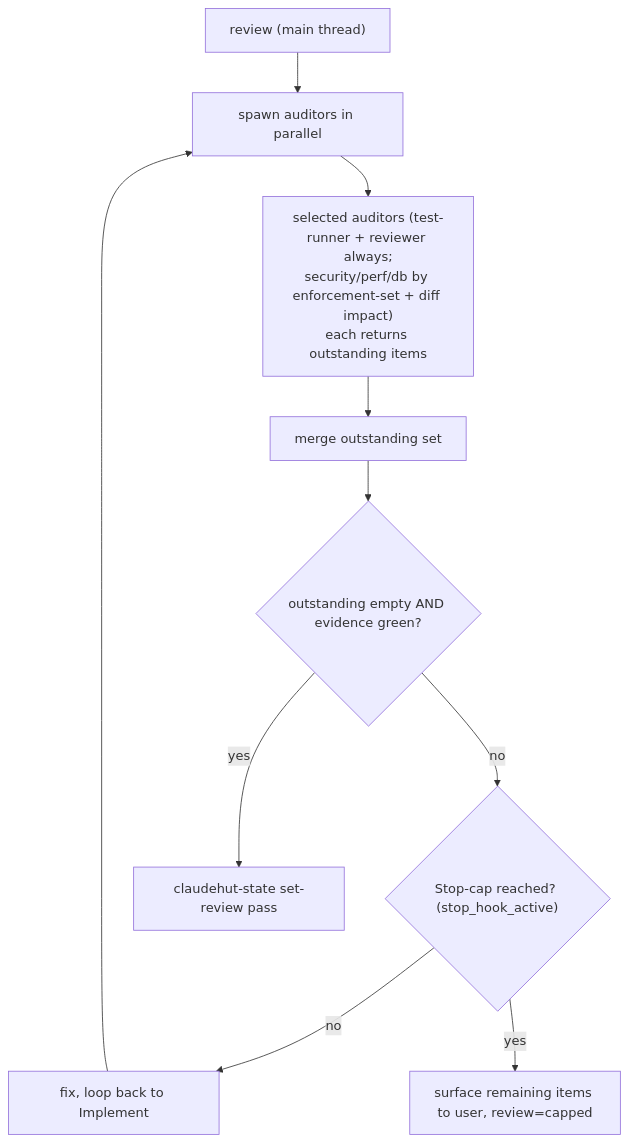
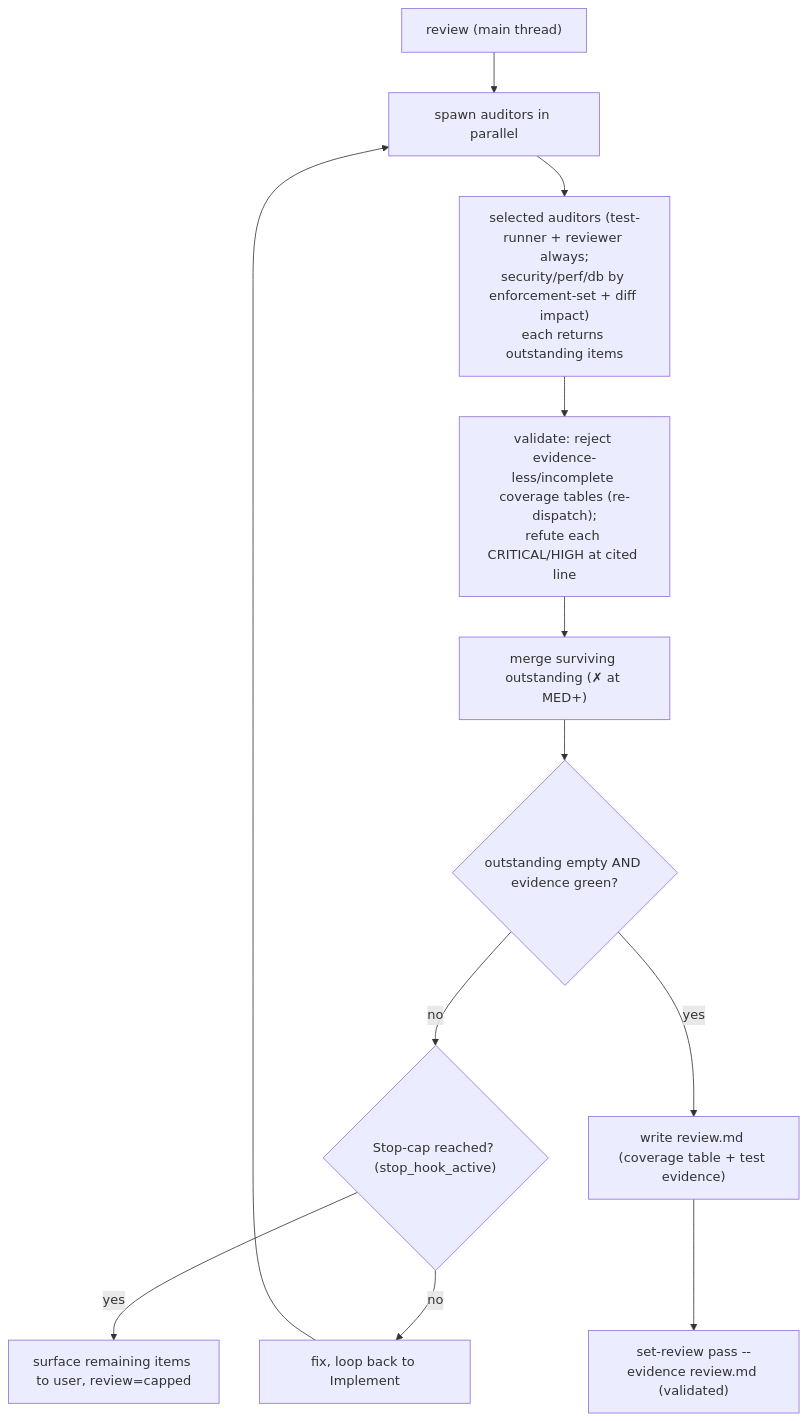
One commit to taipt1504/claudehut changed the fifth of 6 diagrams in .claude/docs/design/01-agentic-workflow.md. Above: the diagram before and after it, drawn with Mermaid. The commit also changed other lines of this file and 15 other files, not shown here.

````diff
--- a/.claude/docs/design/01-agentic-workflow.md
+++ b/.claude/docs/design/01-agentic-workflow.md
@@ -352,11 +356,12 @@
 ```mermaid
 flowchart TB
     START["review (main thread)"] --> SPAWN["spawn auditors in parallel"]
     SPAWN --> AUD["selected auditors (test-runner + reviewer always;<br/>security/perf/db by enforcement-set + diff impact)<br/>each returns outstanding items"]
-    AUD --> MERGE["merge outstanding set"]
+    AUD --> VAL["validate: reject evidence-less/incomplete coverage tables (re-dispatch);<br/>refute each CRITICAL/HIGH at cited line"]
+    VAL --> MERGE["merge surviving outstanding (✗ at MED+)"]
     MERGE --> Q{"outstanding empty AND evidence green?"}
     Q -->|no| CAP{"Stop-cap reached? (stop_hook_active)"}
     CAP -->|no| FIX["fix, loop back to Implement"] --> SPAWN
     CAP -->|yes| SURF["surface remaining items to user, review=capped"]
-    Q -->|yes| PASS["claudehut-state set-review pass"]
+    Q -->|yes| REC["write review.md (coverage table + test evidence)"] --> PASS["set-review pass --evidence review.md (validated)"]
 ```
````
